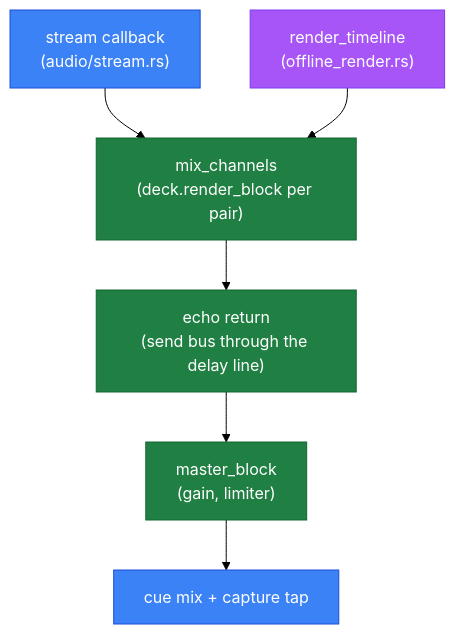
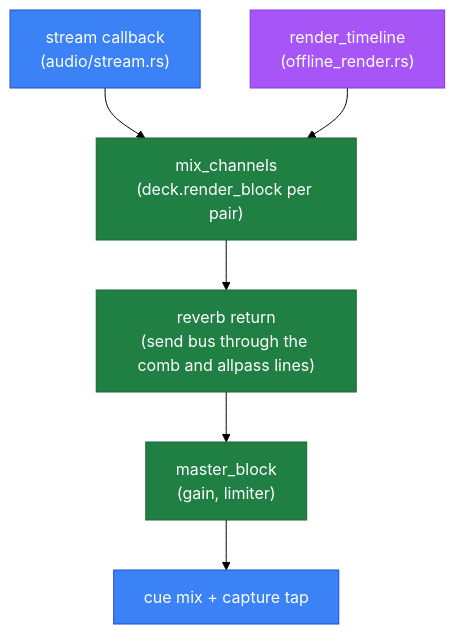
The third of 6 diagrams in architecture.md (berrutti/beatmatcher), drawn with Mermaid (forest theme) before and after one commit. The commit also changed other lines of this file and 61 other files, not shown here.

````diff
--- a/architecture.md
+++ b/architecture.md
@@ -129,24 +129,24 @@
 ```mermaid
 flowchart TD
     classDef live fill:#3b82f6,stroke:#1d4ed8,color:#fff
     classDef shared fill:#208043,stroke:#166534,color:#fff
     classDef offline fill:#a855f7,stroke:#7c3aed,color:#fff
 
     Callback["stream callback
 (audio/stream.rs)"]:::live
     Render["render_timeline
 (offline_render.rs)"]:::offline
     Mix["mix_channels
 (deck.render_block per pair)"]:::shared
-    Echo["echo return
-(send bus through the delay line)"]:::shared
+    Reverb["reverb return
+(send bus through the comb and allpass lines)"]:::shared
     Master["master_block
 (gain, limiter)"]:::shared
     Cue["cue mix + capture tap"]:::live
 
     Callback --> Mix
     Render --> Mix
-    Mix --> Echo
-    Echo --> Master
+    Mix --> Reverb
+    Reverb --> Master
     Master --> Cue
 ```
````
